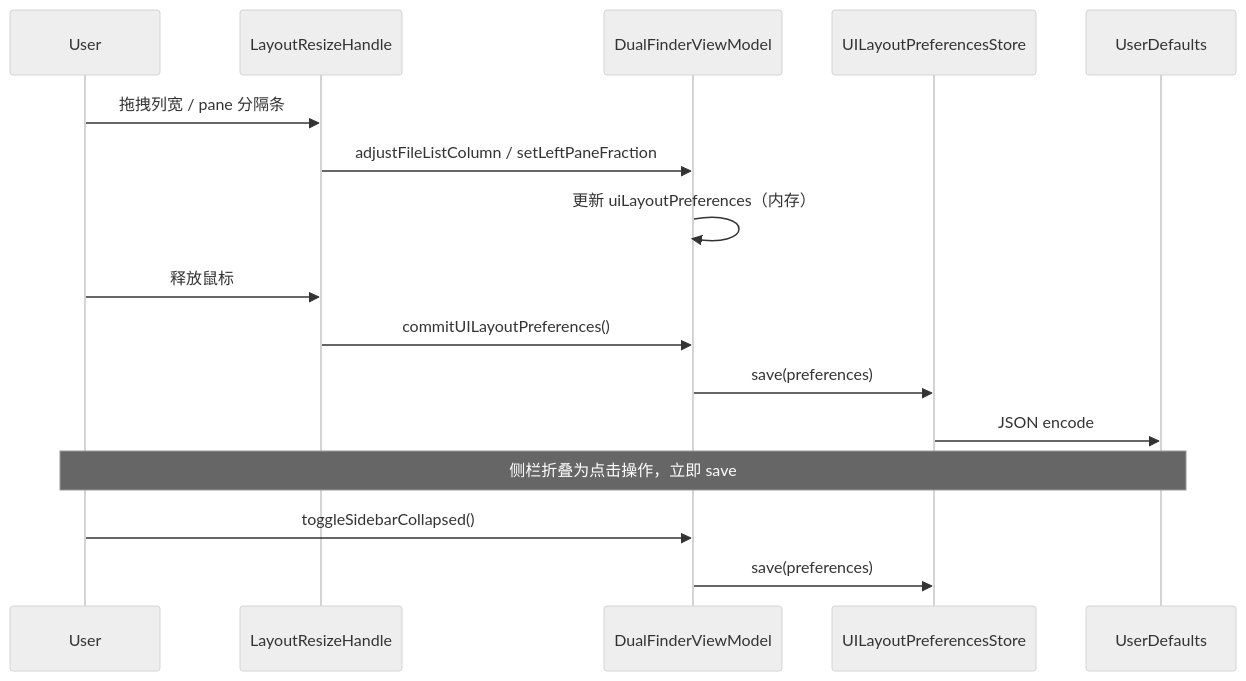
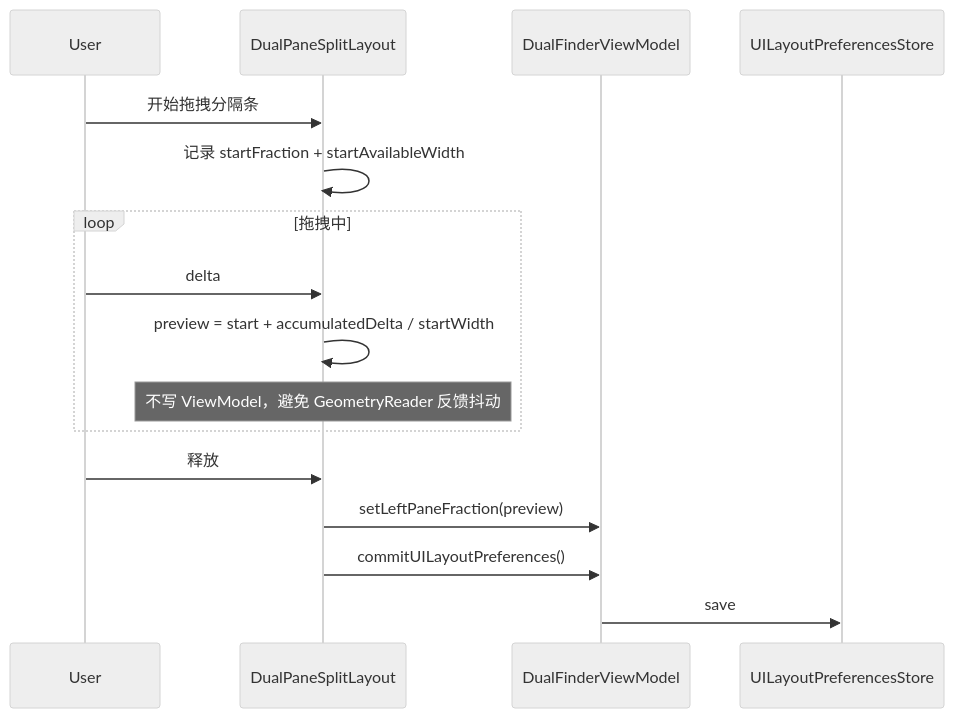
The second of 4 diagrams in local_docs/adjust_ui_resize.md (olojiang/dual_finder), drawn with Mermaid (neutral theme) before and after one commit. The commit also changed other lines of this file and 10 other files, not shown here.

First line of the commit message:
Make embedded terminal and layout resizing usable in-pane

````diff
--- a/local_docs/adjust_ui_resize.md
+++ b/local_docs/adjust_ui_resize.md
@@ -78,20 +105,19 @@
 ```mermaid
 sequenceDiagram
     participant User
-    participant Handle as LayoutResizeHandle
+    participant Split as DualPaneSplitLayout
     participant VM as DualFinderViewModel
     participant Store as UILayoutPreferencesStore
-    participant UD as UserDefaults
 
-    User->>Handle: 拖拽列宽 / pane 分隔条
-    Handle->>VM: adjustFileListColumn / setLeftPaneFraction
-    VM->>VM: 更新 uiLayoutPreferences（内存）
-    User->>Handle: 释放鼠标
-    Handle->>VM: commitUILayoutPreferences()
-    VM->>Store: save(preferences)
-    Store->>UD: JSON encode
-
-    Note over User,UD: 侧栏折叠为点击操作，立即 save
-    User->>VM: toggleSidebarCollapsed()
-    VM->>Store: save(preferences)
+    User->>Split: 开始拖拽分隔条
+    Split->>Split: 记录 startFraction + startAvailableWidth
+    loop 拖拽中
+        User->>Split: delta
+        Split->>Split: preview = start + accumulatedDelta / startWidth
+        Note over Split: 不写 ViewModel，避免 GeometryReader 反馈抖动
+    end
+    User->>Split: 释放
+    Split->>VM: setLeftPaneFraction(preview)
+    Split->>VM: commitUILayoutPreferences()
+    VM->>Store: save
 ```
````
